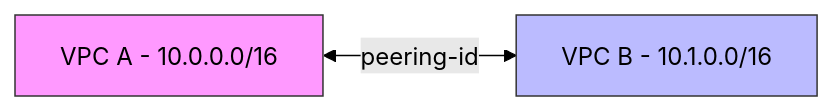
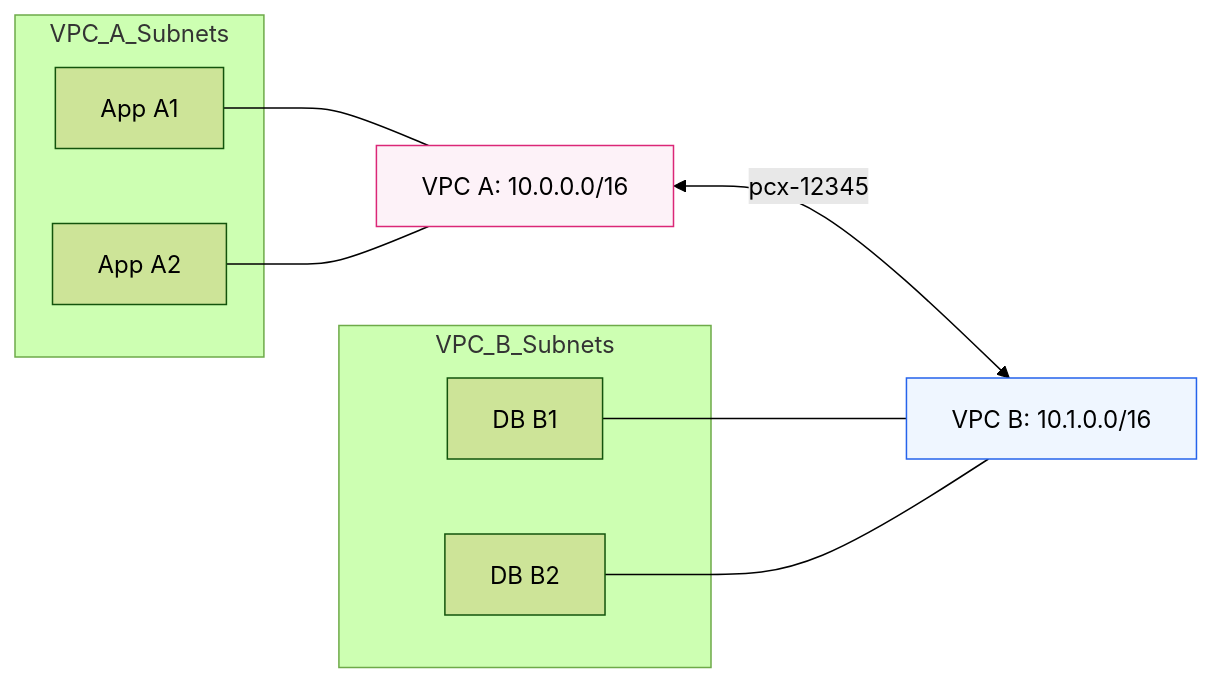
Before and after one commit to Ganil151/Devops: the diagram in 2-Intermediate/01-Phase-1/01-Networking/06-VPC-Peering-and-Transit-Gateway/01-VPC-Peering-Basics/README.md, drawn with Mermaid (forest theme). The commit also changed other lines of this file and 51 other files, not shown here.

````diff
--- a/2-Intermediate/01-Phase-1/01-Networking/06-VPC-Peering-and-Transit-Gateway/01-VPC-Peering-Basics/README.md
+++ b/2-Intermediate/01-Phase-1/01-Networking/06-VPC-Peering-and-Transit-Gateway/01-VPC-Peering-Basics/README.md
@@ -10,7 +5,22 @@
 ```mermaid
 graph LR
-    VPC_A[VPC A - 10.0.0.0/16] <-->|peering-id| VPC_B[VPC B - 10.1.0.0/16]
+    VPC_A[VPC A: 10.0.0.0/16] <-->|pcx-12345| VPC_B[VPC B: 10.1.0.0/16]
+    
+    subgraph VPC_A_Subnets
+        AZ1_A[App A1]
+        AZ2_A[App A2]
+    end
+    
+    subgraph VPC_B_Subnets
+        AZ1_B[DB B1]
+        AZ2_B[DB B2]
+    end
 
-style VPC_A fill:#f9f,stroke:#333
-    style VPC_B fill:#bbf,stroke:#333
+    AZ1_A --- VPC_A
+    AZ2_A --- VPC_A
+    AZ1_B --- VPC_B
+    AZ2_B --- VPC_B
+
+    style VPC_A fill:#fdf2f8,stroke:#db2777
+    style VPC_B fill:#eff6ff,stroke:#2563eb
 ```
````
